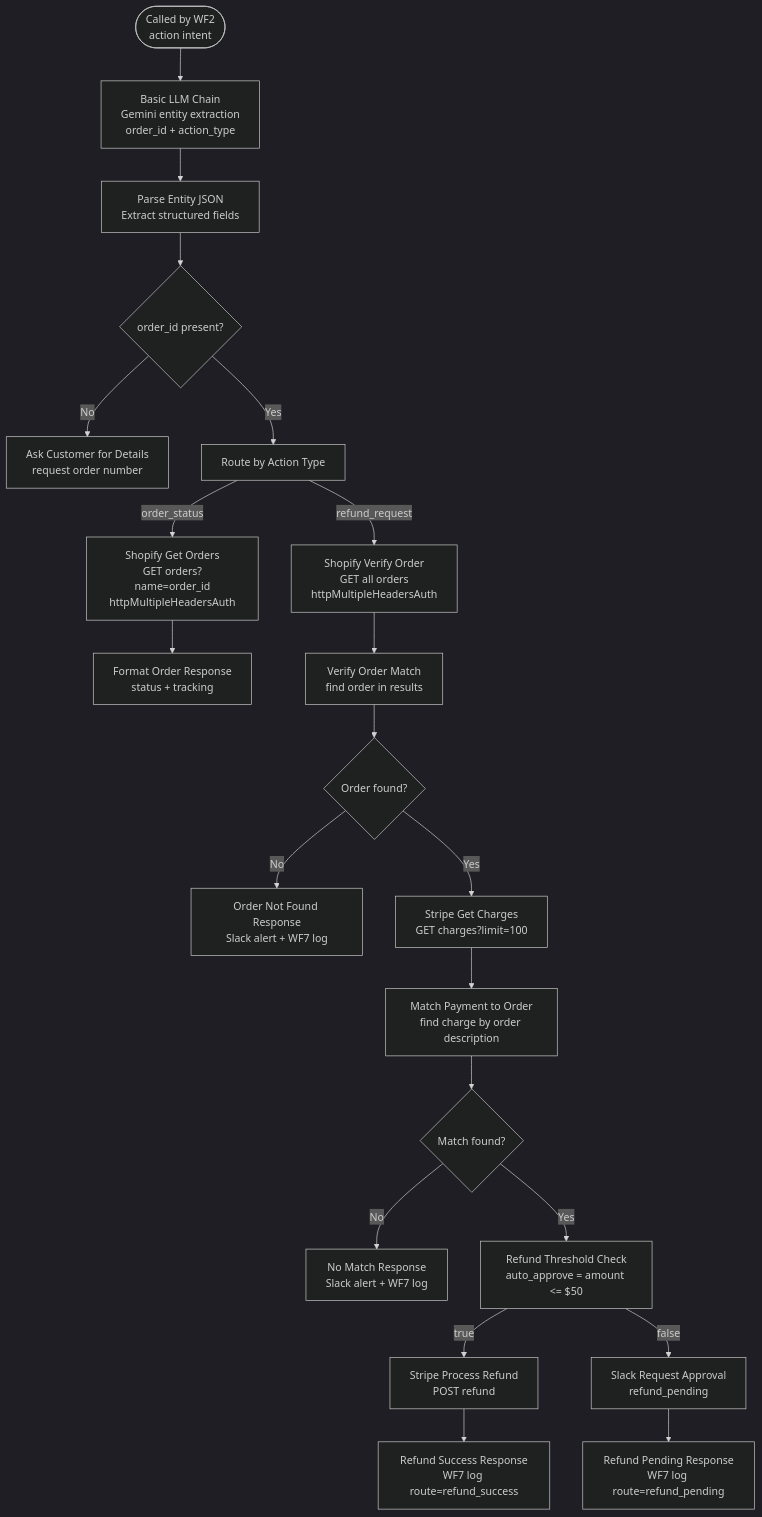
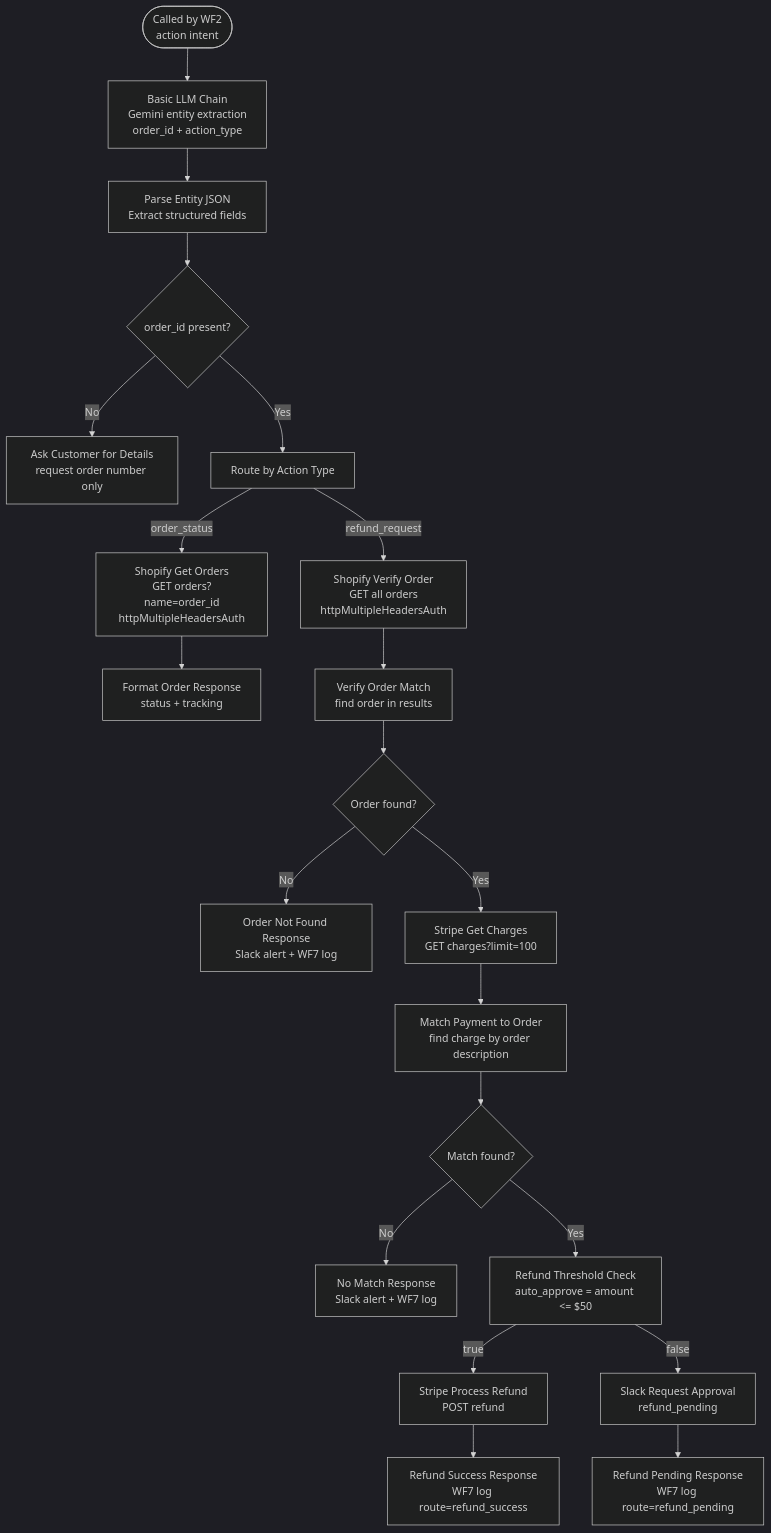
Before and after one commit to ShafqaatMalik/n8n-cx-agent: the diagram in docs/WF3_Action_Layer.md, drawn with Mermaid (dark theme). The commit also changed other lines of this file and 5 other files, not shown here.

````diff
--- a/docs/WF3_Action_Layer.md
+++ b/docs/WF3_Action_Layer.md
@@ -7,30 +7,30 @@
 ```mermaid
 flowchart TD
     A([Called by WF2\naction intent]) --> B[Basic LLM Chain\nGemini entity extraction\norder_id + action_type]
     B --> C[Parse Entity JSON\nExtract structured fields]
     C --> D{order_id present?}
 
-    D -->|No| E[Ask Customer for Details\nrequest order number]
+    D -->|No| E[Ask Customer for Details\nrequest order number only]
     D -->|Yes| F[Route by Action Type]
 
     F -->|order_status| G[Shopify Get Orders\nGET orders?name=order_id\nhttpMultipleHeadersAuth]
     F -->|refund_request| H[Shopify Verify Order\nGET all orders\nhttpMultipleHeadersAuth]
 
     G --> I[Format Order Response\nstatus + tracking]
     H --> J[Verify Order Match\nfind order in results]
     J --> K{Order found?}
 
     K -->|No| L[Order Not Found Response\nSlack alert + WF7 log]
     K -->|Yes| M[Stripe Get Charges\nGET charges?limit=100]
     M --> N[Match Payment to Order\nfind charge by order description]
     N --> O{Match found?}
 
     O -->|No| P[No Match Response\nSlack alert + WF7 log]
     O -->|Yes| Q[Refund Threshold Check\nauto_approve = amount <= $50]
 
     Q -->|true| R[Stripe Process Refund\nPOST refund]
     Q -->|false| S[Slack Request Approval\nrefund_pending]
 
     R --> T[Refund Success Response\nWF7 log route=refund_success]
     S --> U[Refund Pending Response\nWF7 log route=refund_pending]
 ```
````
